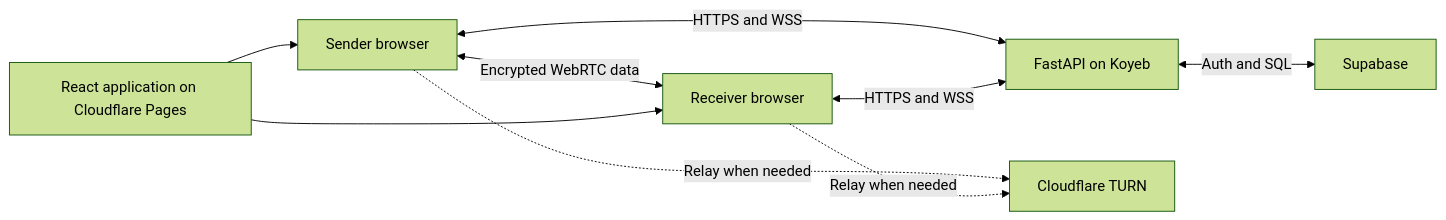
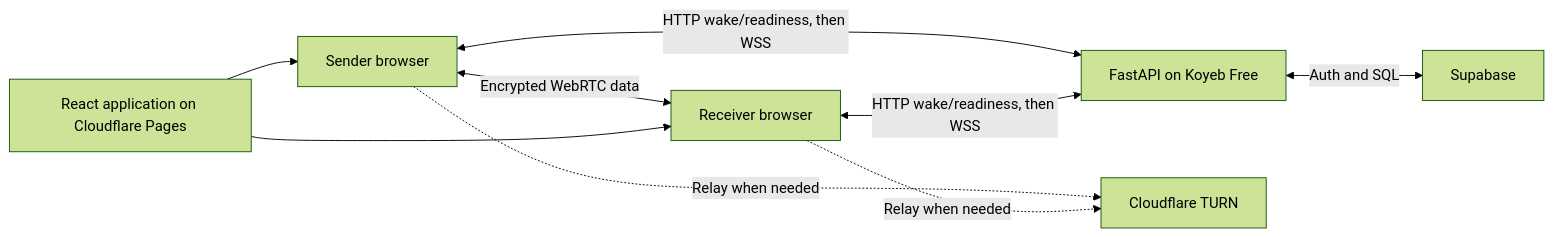
One commit to Vay134/SelfRelay changed the diagram in README.md. Above: the diagram before and after it, drawn with Mermaid (forest theme). The commit also changed other lines of this file and 5 other files, not shown here.

Commit message:
docs(hosting): plan Koyeb Free deployment

````diff
--- a/README.md
+++ b/README.md
@@ -27,11 +27,11 @@
 ```mermaid
 flowchart LR
     A[Sender browser] <-->|Encrypted WebRTC data| B[Receiver browser]
-    A <-->|HTTPS and WSS| API[FastAPI on Koyeb]
-    B <-->|HTTPS and WSS| API
+    A <-->|HTTP wake/readiness, then WSS| API[FastAPI on Koyeb Free]
+    B <-->|HTTP wake/readiness, then WSS| API
     API <-->|Auth and SQL| DB[Supabase]
     A -.->|Relay when needed| TURN[Cloudflare TURN]
     B -.->|Relay when needed| TURN
     WEB[React application on Cloudflare Pages] --> A
     WEB --> B
 ```
````
